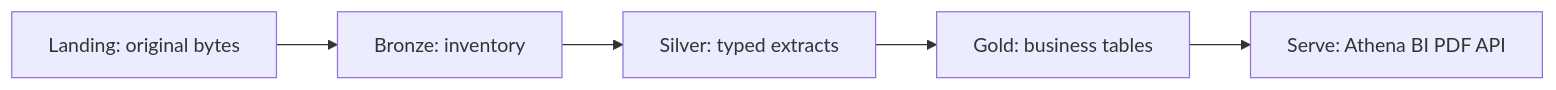
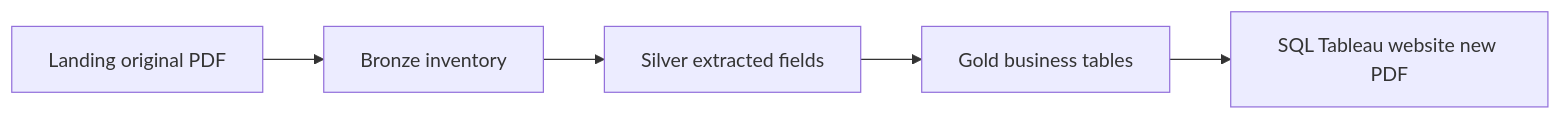
Before and after one commit to arielmmdx/document-intelligence-lake: the diagram in expected-solutions/diagrams/03_expected_medallion.mmd, drawn with Mermaid. The commit also changed 14 other files, not shown here.

Commit message:
Explain the PDF path in plain language and replace draw.io with Mermaid.

```diff
--- a/expected-solutions/diagrams/03_expected_medallion.mmd
+++ b/expected-solutions/diagrams/03_expected_medallion.mmd
@@ -1,9 +1,8 @@
-%% 03 — Expected medallion. Paste into https://mermaid.live
+%% 03 — Medallion. People read gold, not landing scans.
 flowchart LR
-  L[Landing: original bytes]
-  B[Bronze: inventory]
-  S[Silver: typed extracts]
-  G[Gold: business tables]
-  C[Serve: Athena BI PDF API]
-
+  L[Landing original PDF]
+  B[Bronze inventory]
+  S[Silver extracted fields]
+  G[Gold business tables]
+  C[SQL Tableau website new PDF]
   L --> B --> S --> G --> C
```
